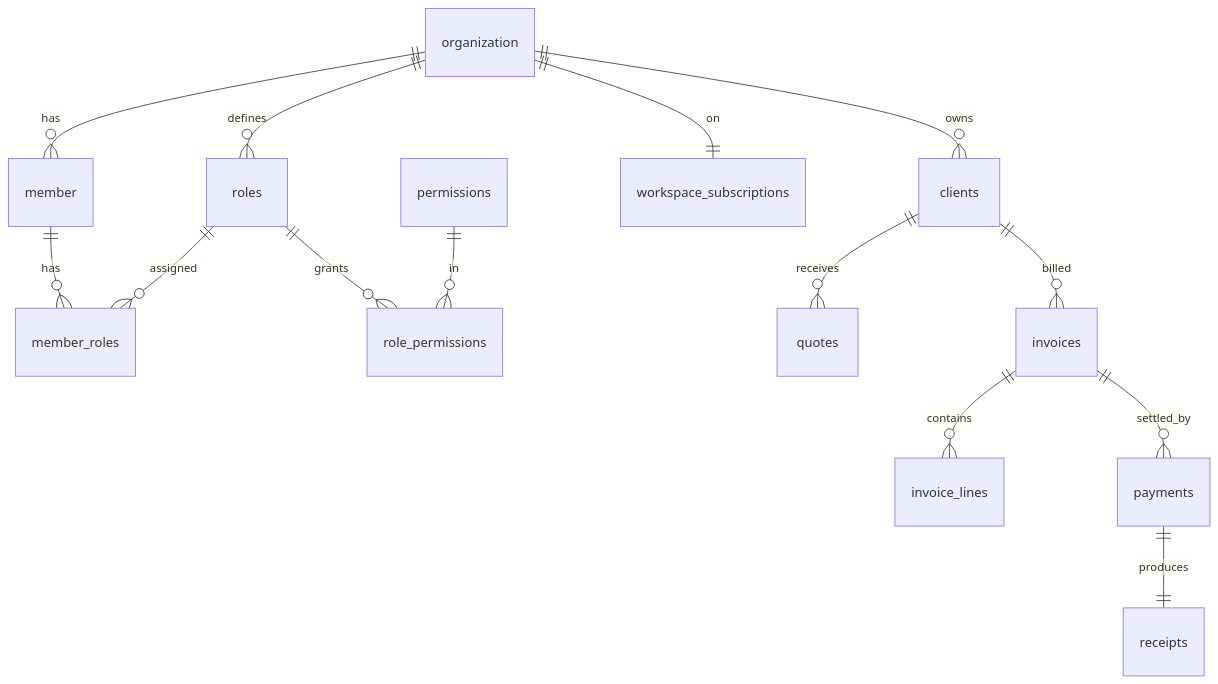
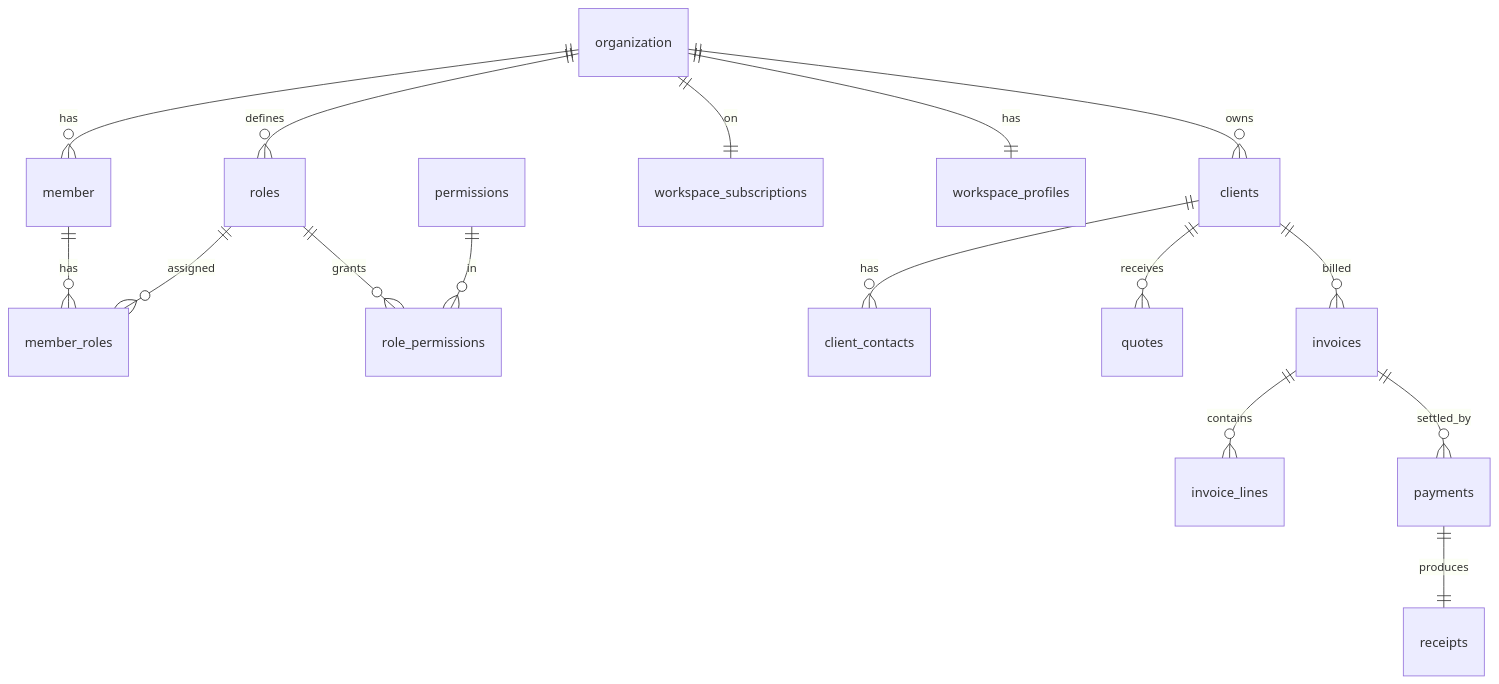
Before and after one commit to mixin27/billleaf: the diagram in docs/architecture/data-model.md, drawn with Mermaid. The commit also changed other lines of this file and 62 other files, not shown here.

First line of the commit message:
feat: workspace profile and clients (phase 1)

````diff
--- a/docs/architecture/data-model.md
+++ b/docs/architecture/data-model.md
@@ -57,16 +67,18 @@
 ```mermaid
 erDiagram
   organization ||--o{ member : has
   member ||--o{ member_roles : has
   roles ||--o{ member_roles : assigned
   roles ||--o{ role_permissions : grants
   permissions ||--o{ role_permissions : in
   organization ||--o{ roles : defines
   organization ||--|| workspace_subscriptions : on
+  organization ||--|| workspace_profiles : has
   organization ||--o{ clients : owns
+  clients ||--o{ client_contacts : has
   clients ||--o{ quotes : receives
   clients ||--o{ invoices : billed
   invoices ||--o{ invoice_lines : contains
   invoices ||--o{ payments : settled_by
   payments ||--|| receipts : produces
 ```
````
